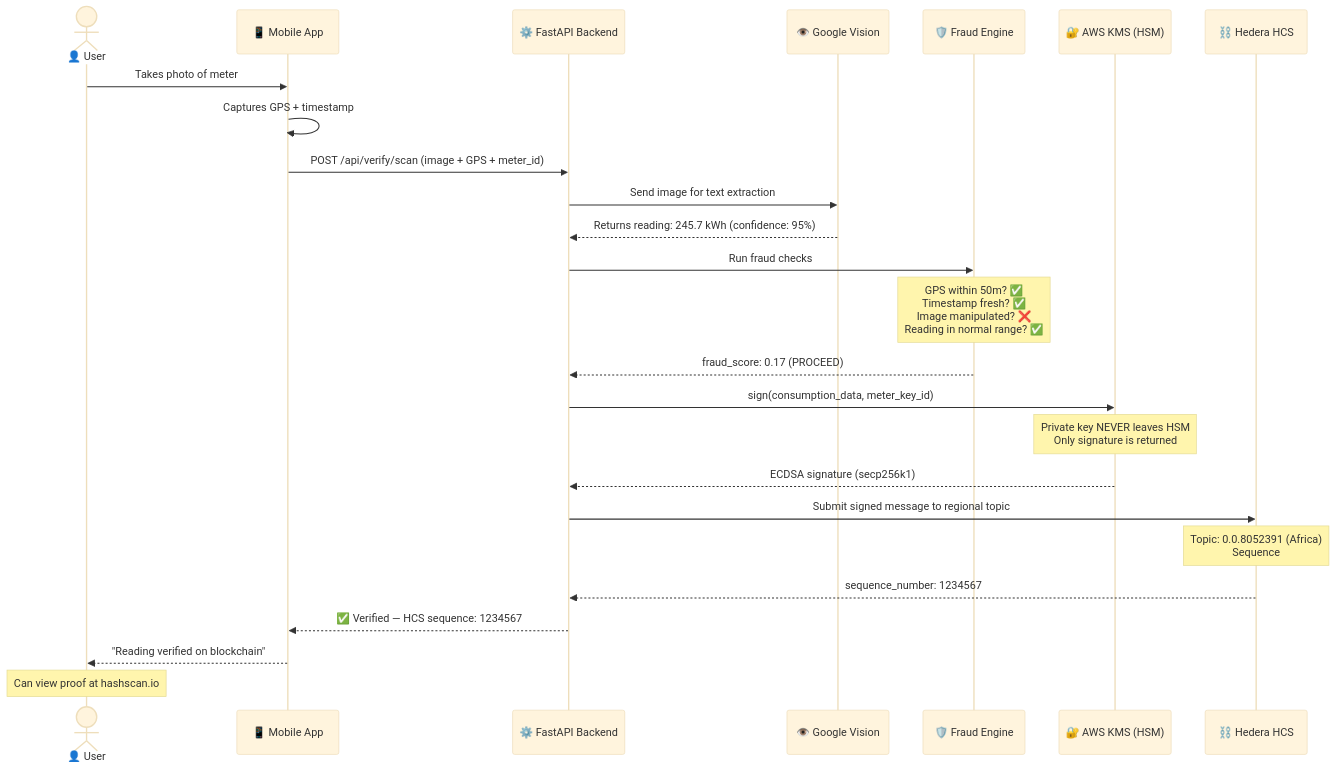
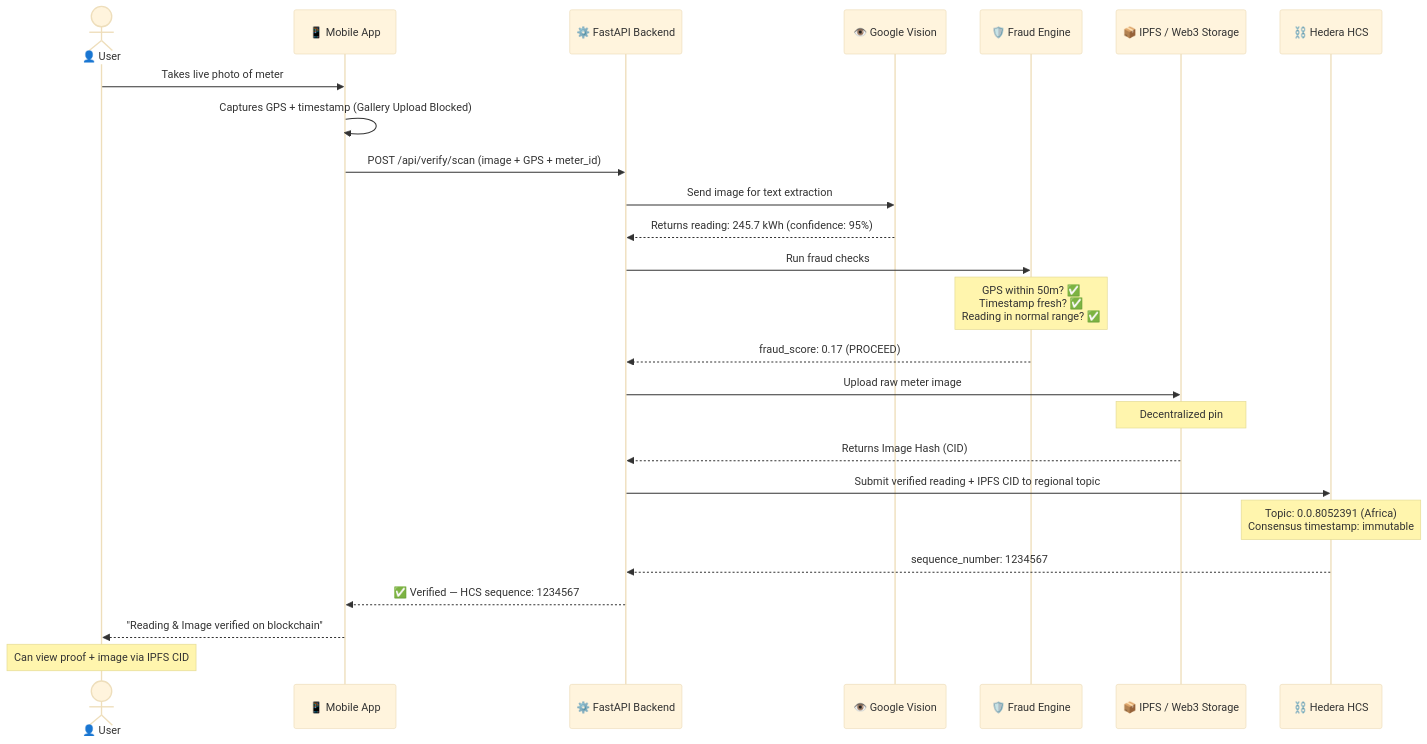
One commit to De-real-iManuel/Hedera-Flow changed the second of 9 diagrams in docs/ARCHITECTURE.md. Above: the diagram before and after it, drawn with Mermaid (base theme). The commit also changed other lines of this file, not shown here.

First line of the commit message:
Revise system architecture and verification flows

````diff
--- a/docs/ARCHITECTURE.md
+++ b/docs/ARCHITECTURE.md
@@ -73,33 +89,34 @@
 ```mermaid
 sequenceDiagram
     actor User as 👤 User
     participant App as 📱 Mobile App
     participant API as ⚙️ FastAPI Backend
     participant OCR as 👁️ Google Vision
     participant Fraud as 🛡️ Fraud Engine
-    participant KMS as 🔐 AWS KMS (HSM)
+    participant IPFS as 📦 IPFS / Web3 Storage
     participant HCS as ⛓️ Hedera HCS
 
-    User->>App: Takes photo of meter
-    App->>App: Captures GPS + timestamp
+    User->>App: Takes live photo of meter
+    App->>App: Captures GPS + timestamp (Gallery Upload Blocked)
     App->>API: POST /api/verify/scan (image + GPS + meter_id)
 
     API->>OCR: Send image for text extraction
     OCR-->>API: Returns reading: 245.7 kWh (confidence: 95%)
 
     API->>Fraud: Run fraud checks
-    Note over Fraud: GPS within 50m? ✅<br/>Timestamp fresh? ✅<br/>Image manipulated? ❌<br/>Reading in normal range? ✅
+    Note over Fraud: GPS within 50m? ✅<br/>Timestamp fresh? ✅<br/>Reading in normal range? ✅
     Fraud-->>API: fraud_score: 0.17 (PROCEED)
 
-    API->>KMS: sign(consumption_data, meter_key_id)
-    Note over KMS: Private key NEVER leaves HSM<br/>Only signature is returned
-    KMS-->>API: ECDSA signature (secp256k1)
+    API->>IPFS: Upload raw meter image
+    Note over IPFS: Decentralized pin
+    IPFS-->>API: Returns Image Hash (CID)
 
-    API->>HCS: Submit signed message to regional topic
-    Note over HCS: Topic: 0.0.8052391 (Africa)<br/>Sequence #: 1234567<br/>Consensus timestamp: immutable
+    API->>HCS: Submit verified reading + IPFS CID to regional topic
+    Note over HCS: Topic: 0.0.8052391 (Africa)<br/>Consensus timestamp: immutable
     HCS-->>API: sequence_number: 1234567
 
     API-->>App: ✅ Verified — HCS sequence: 1234567
-    App-->>User: "Reading verified on blockchain"
-    Note over User: Can view proof at hashscan.io
+    App-->>User: "Reading & Image verified on blockchain"
+    Note over User: Can view proof + image via IPFS CID
+
 ```
````
